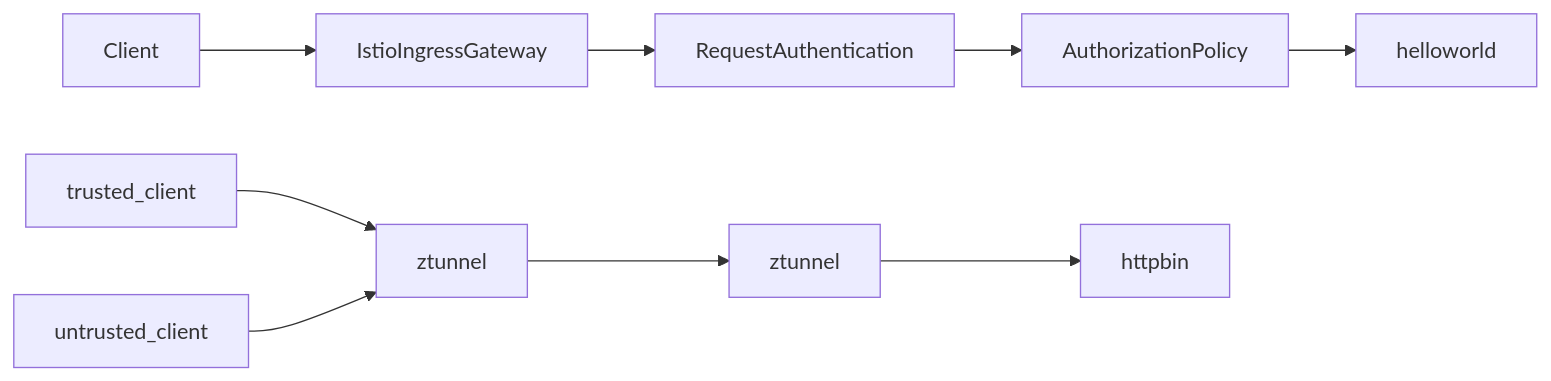
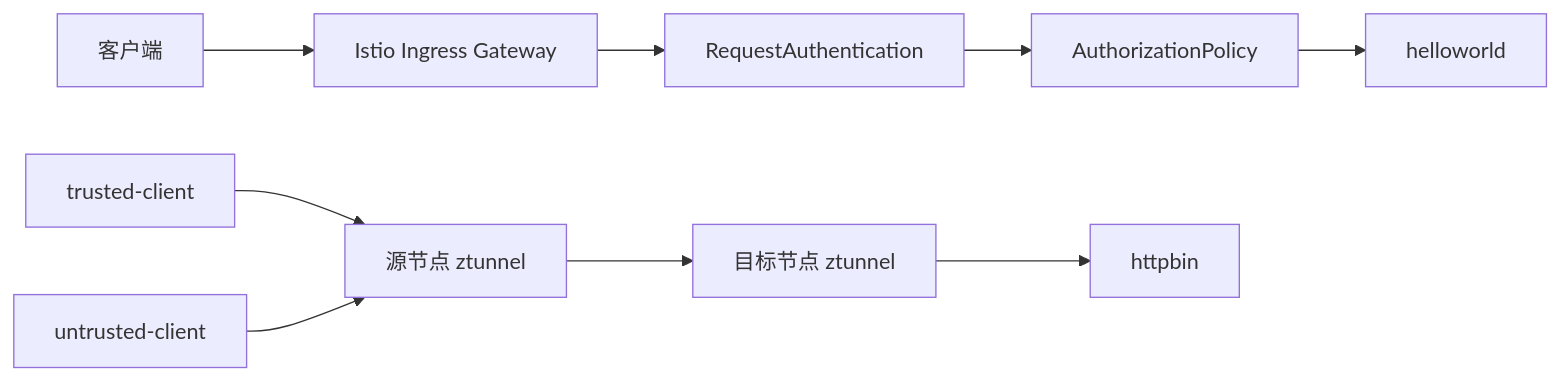
One commit to hwang-protocol/docker_k8s_2026 changed the first of 2 diagrams in k8s/05-security-and-zero-trust/docs/05_enable_jwt_and_mesh_security.md. Above: the diagram before and after it, drawn with Mermaid. The commit also changed other lines of this file and 18 other files, not shown here.

````diff
--- a/k8s/05-security-and-zero-trust/docs/05_enable_jwt_and_mesh_security.md
+++ b/k8s/05-security-and-zero-trust/docs/05_enable_jwt_and_mesh_security.md
@@ -14,12 +23,12 @@
 ```mermaid
 flowchart LR
-    client[Client] --> ingress[IstioIngressGateway]
+    client[客户端] --> ingress[Istio Ingress Gateway]
     ingress --> reqAuth[RequestAuthentication]
     reqAuth --> authz[AuthorizationPolicy]
     authz --> helloSvc[helloworld]
 
-    trusted[trusted_client] --> ztunnelA[ztunnel]
-    untrusted[untrusted_client] --> ztunnelA
-    ztunnelA --> ztunnelB[ztunnel]
+    trusted[trusted-client] --> ztunnelA[源节点 ztunnel]
+    untrusted[untrusted-client] --> ztunnelA
+    ztunnelA --> ztunnelB[目标节点 ztunnel]
     ztunnelB --> httpbinSvc[httpbin]
 ```
````
